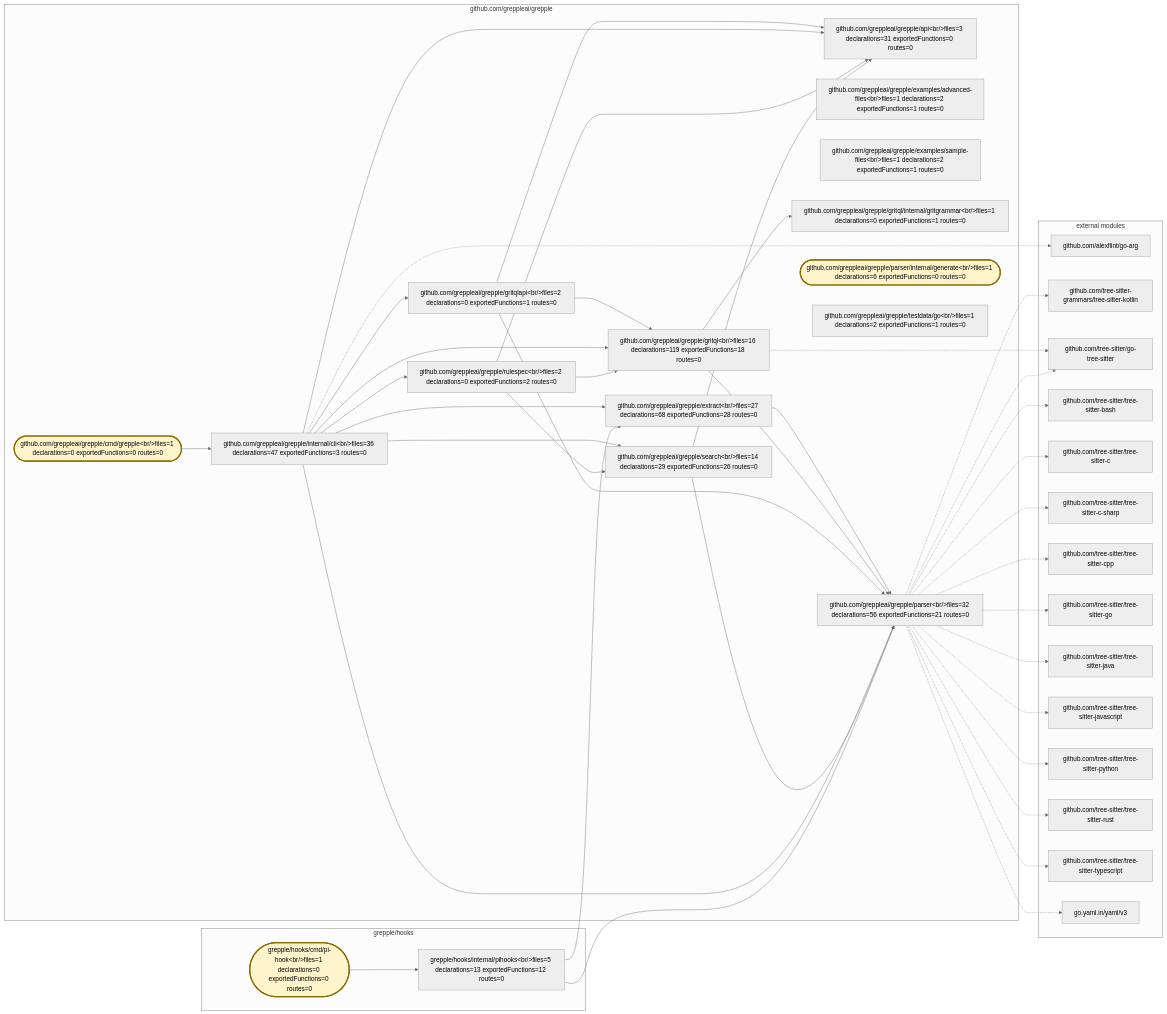
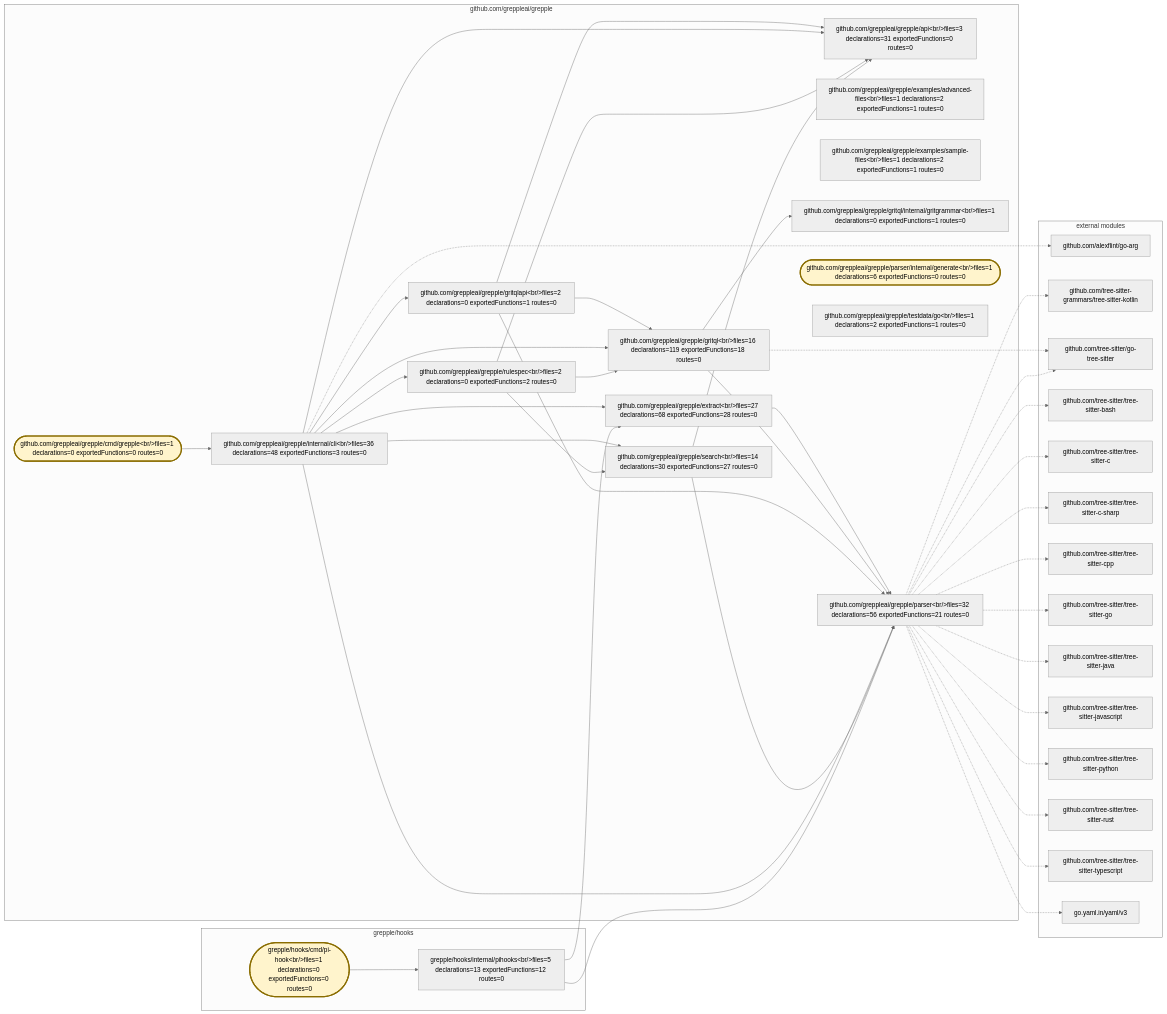
The diagram in .grepple/project.workspace/overview.mmd (greppleai/grepple), drawn with Mermaid (neutral theme) before and after one commit. The commit also changed 16 other files, not shown here.

```diff
--- a/.grepple/project.workspace/overview.mmd
+++ b/.grepple/project.workspace/overview.mmd
@@ -1,78 +1,78 @@
 flowchart LR
     classDef entrypoint fill:#fff4cc,stroke:#8a6d00,stroke-width:3px
     subgraph module_0["github.com/greppleai/grepple"]
         package_0["github.com/greppleai/grepple/api&lt;br/&gt;files=3 declarations=31 exportedFunctions=0 routes=0"]
         package_1(["github.com/greppleai/grepple/cmd/grepple&lt;br/&gt;files=1 declarations=0 exportedFunctions=0 routes=0"])
         class package_1 entrypoint
         package_2["github.com/greppleai/grepple/examples/advanced-files&lt;br/&gt;files=1 declarations=2 exportedFunctions=1 routes=0"]
         package_3["github.com/greppleai/grepple/examples/sample-files&lt;br/&gt;files=1 declarations=2 exportedFunctions=1 routes=0"]
         package_4["github.com/greppleai/grepple/extract&lt;br/&gt;files=27 declarations=68 exportedFunctions=28 routes=0"]
         package_5["github.com/greppleai/grepple/gritql&lt;br/&gt;files=16 declarations=119 exportedFunctions=18 routes=0"]
         package_6["github.com/greppleai/grepple/gritql/internal/gritgrammar&lt;br/&gt;files=1 declarations=0 exportedFunctions=1 routes=0"]
         package_7["github.com/greppleai/grepple/gritqlapi&lt;br/&gt;files=2 declarations=0 exportedFunctions=1 routes=0"]
-        package_8["github.com/greppleai/grepple/internal/cli&lt;br/&gt;files=36 declarations=47 exportedFunctions=3 routes=0"]
+        package_8["github.com/greppleai/grepple/internal/cli&lt;br/&gt;files=36 declarations=48 exportedFunctions=3 routes=0"]
         package_9["github.com/greppleai/grepple/parser&lt;br/&gt;files=32 declarations=56 exportedFunctions=21 routes=0"]
         package_10(["github.com/greppleai/grepple/parser/internal/generate&lt;br/&gt;files=1 declarations=6 exportedFunctions=0 routes=0"])
         class package_10 entrypoint
         package_11["github.com/greppleai/grepple/rulespec&lt;br/&gt;files=2 declarations=0 exportedFunctions=2 routes=0"]
-        package_12["github.com/greppleai/grepple/search&lt;br/&gt;files=14 declarations=29 exportedFunctions=26 routes=0"]
+        package_12["github.com/greppleai/grepple/search&lt;br/&gt;files=14 declarations=30 exportedFunctions=27 routes=0"]
         package_13["github.com/greppleai/grepple/testdata/go&lt;br/&gt;files=1 declarations=2 exportedFunctions=1 routes=0"]
     end
     subgraph module_1["grepple/hooks"]
         package_14(["grepple/hooks/cmd/pi-hook&lt;br/&gt;files=1 declarations=0 exportedFunctions=0 routes=0"])
         class package_14 entrypoint
         package_15["grepple/hooks/internal/pihooks&lt;br/&gt;files=5 declarations=13 exportedFunctions=12 routes=0"]
     end
     package_1 --> package_8
     package_4 --> package_9
     package_5 --> package_6
     package_5 --> package_9
     package_7 --> package_0
     package_7 --> package_5
     package_7 --> package_9
     package_8 --> package_0
     package_8 --> package_4
     package_8 --> package_5
     package_8 --> package_7
     package_8 --> package_9
     package_8 --> package_11
     package_8 --> package_12
     package_11 --> package_0
     package_11 --> package_5
     package_11 --> package_12
     package_12 --> package_0
     package_12 --> package_9
     package_14 --> package_15
     package_15 --> package_4
     package_15 --> package_9
     subgraph external_dependencies["external modules"]
         external_0["github.com/alexflint/go-arg"]
         external_1["github.com/tree-sitter-grammars/tree-sitter-kotlin"]
         external_2["github.com/tree-sitter/go-tree-sitter"]
         external_3["github.com/tree-sitter/tree-sitter-bash"]
         external_4["github.com/tree-sitter/tree-sitter-c"]
         external_5["github.com/tree-sitter/tree-sitter-c-sharp"]
         external_6["github.com/tree-sitter/tree-sitter-cpp"]
         external_7["github.com/tree-sitter/tree-sitter-go"]
         external_8["github.com/tree-sitter/tree-sitter-java"]
         external_9["github.com/tree-sitter/tree-sitter-javascript"]
         external_10["github.com/tree-sitter/tree-sitter-python"]
         external_11["github.com/tree-sitter/tree-sitter-rust"]
         external_12["github.com/tree-sitter/tree-sitter-typescript"]
         external_13["go.yaml.in/yaml/v3"]
     end
     package_8 -.-> external_0
     package_9 -.-> external_1
     package_5 -.-> external_2
     package_9 -.-> external_2
     package_9 -.-> external_3
     package_9 -.-> external_4
     package_9 -.-> external_5
     package_9 -.-> external_6
     package_9 -.-> external_7
     package_9 -.-> external_8
     package_9 -.-> external_9
     package_9 -.-> external_10
     package_9 -.-> external_11
     package_9 -.-> external_12
     package_9 -.-> external_13
```
